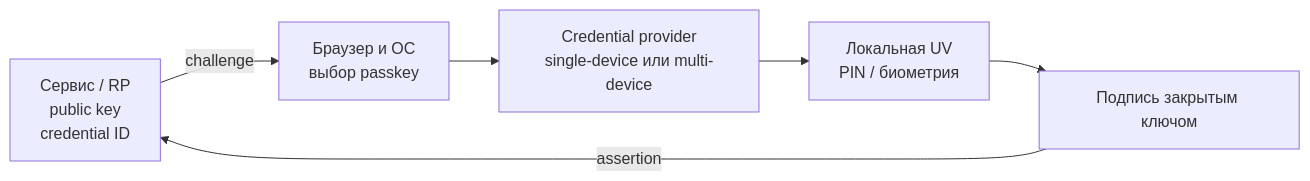
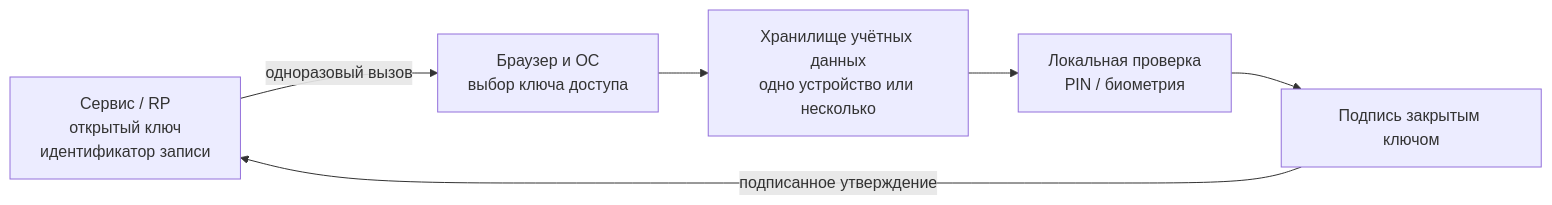
One commit to zapret-discordyoutube/todo changed the first of 2 diagrams in FIDO/passkeys.md. Above: the diagram before and after it, drawn with Mermaid. The commit also changed other lines of this file and 8 other files, not shown here.

````diff
--- a/FIDO/passkeys.md
+++ b/FIDO/passkeys.md
@@ -36,8 +80,8 @@
 ```mermaid
 flowchart LR
-    RP["Сервис / RP<br>public key<br>credential ID"] -->|"challenge"| Client["Браузер и ОС<br>выбор passkey"]
-    Client --> Provider["Credential provider<br>single-device или multi-device"]
-    Provider --> UV["Локальная UV<br>PIN / биометрия"]
+    RP["Сервис / RP<br>открытый ключ<br>идентификатор записи"] -->|"одноразовый вызов"| Client["Браузер и ОС<br>выбор ключа доступа"]
+    Client --> Provider["Хранилище учётных данных<br>одно устройство или несколько"]
+    Provider --> UV["Локальная проверка<br>PIN / биометрия"]
     UV --> Sign["Подпись закрытым ключом"]
-    Sign -->|"assertion"| RP
+    Sign -->|"подписанное утверждение"| RP
 ```
````
